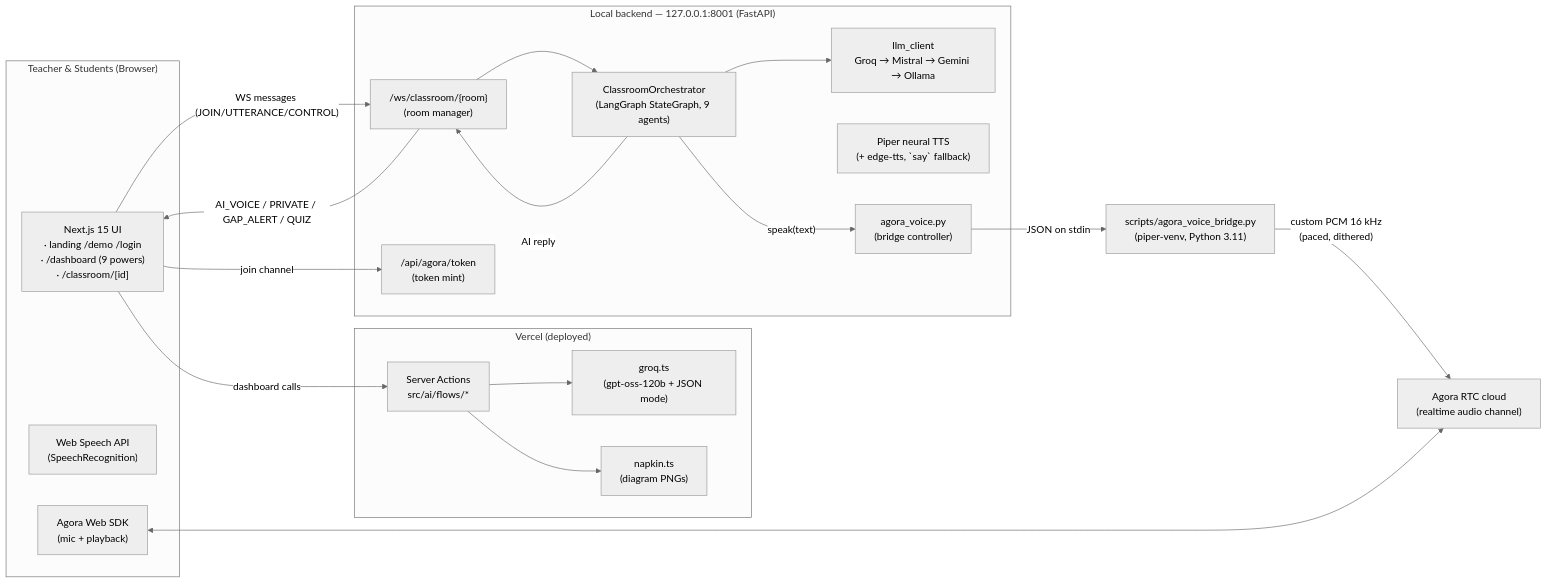
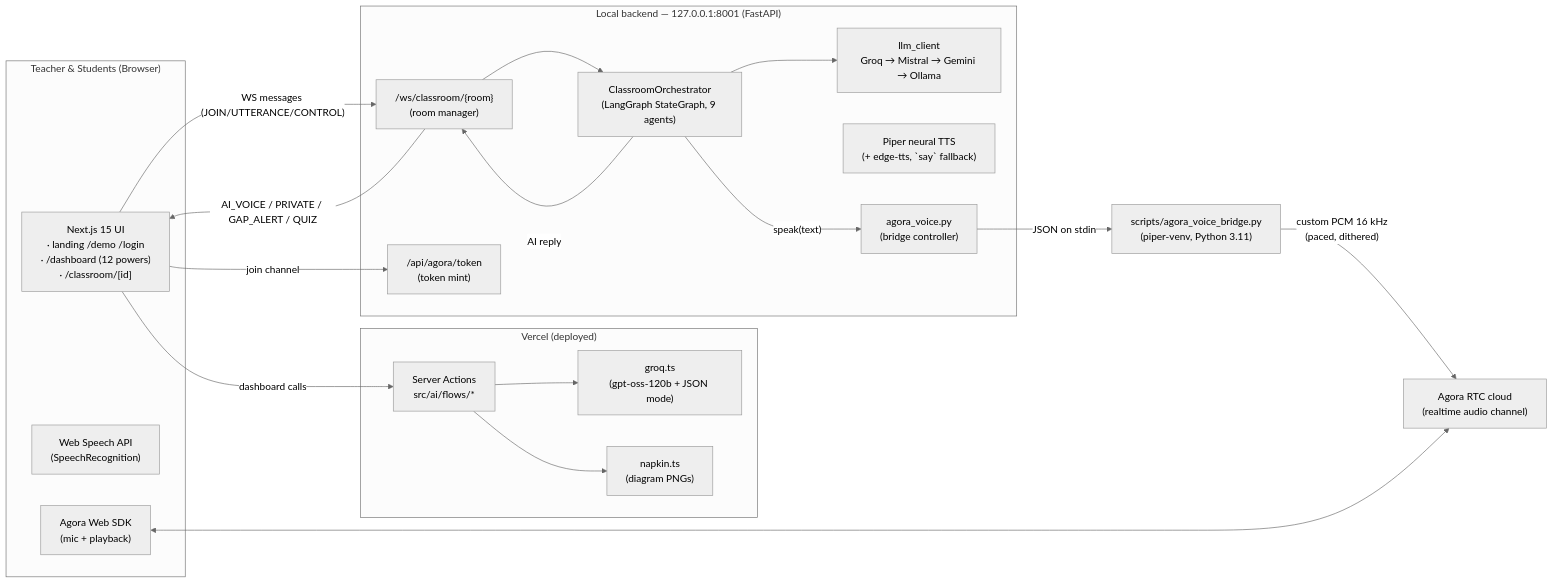
One commit to Muneerali199/sahayak-ai-classroom changed the first of 4 diagrams in README.md. Above: the diagram before and after it, drawn with Mermaid (neutral theme). The commit also changed other lines of this file and 10 other files, not shown here.

Commit message:
Track 4 education fit: add Quiz Generator, Career Guidance, Student Progress Dashboard — 12 powers

````diff
--- a/README.md
+++ b/README.md
@@ -221,33 +224,33 @@
 ```mermaid
 flowchart LR
     subgraph Browser["Teacher & Students (Browser)"]
-        UI["Next.js 15 UI<br/>· landing /demo /login<br/>· /dashboard (9 powers)<br/>· /classroom/[id]"]
+        UI["Next.js 15 UI<br/>· landing /demo /login<br/>· /dashboard (12 powers)<br/>· /classroom/[id]"]
         SR["Web Speech API<br/>(SpeechRecognition)"]
         AR["Agora Web SDK<br/>(mic + playback)"]
     end
 
     subgraph Vercel["Vercel (deployed)"]
         SA["Server Actions<br/>src/ai/flows/*"]
         GQ["groq.ts<br/>(gpt-oss-120b + JSON mode)"]
         NK["napkin.ts<br/>(diagram PNGs)"]
     end
 
     subgraph Local["Local backend — 127.0.0.1:8001 (FastAPI)"]
         WS["/ws/classroom/{room}<br/>(room manager)"]
         ORCH["ClassroomOrchestrator<br/>(LangGraph StateGraph, 9 agents)"]
         LLM["llm_client<br/>Groq → Mistral → Gemini → Ollama"]
         TTS["Piper neural TTS<br/>(+ edge-tts, `say` fallback)"]
         AV["agora_voice.py<br/>(bridge controller)"]
         TOK["/api/agora/token<br/>(token mint)"]
     end
 
     AGO["Agora RTC cloud<br/>(realtime audio channel)"]
 
     UI -- "dashboard calls" --> SA --> GQ & NK
     UI -- "WS messages (JOIN/UTTERANCE/CONTROL)" --> WS --> ORCH --> LLM
     ORCH -- "AI reply" --> WS -- "AI_VOICE / PRIVATE / GAP_ALERT / QUIZ" --> UI
     ORCH -- "speak(text)" --> AV -- "JSON on stdin" --> BR["scripts/agora_voice_bridge.py<br/>(piper-venv, Python 3.11)"]
     BR -- "custom PCM 16 kHz<br/>(paced, dithered)" --> AGO
     AR <--> AGO
     UI -- "join channel" --> TOK
 ```
````
